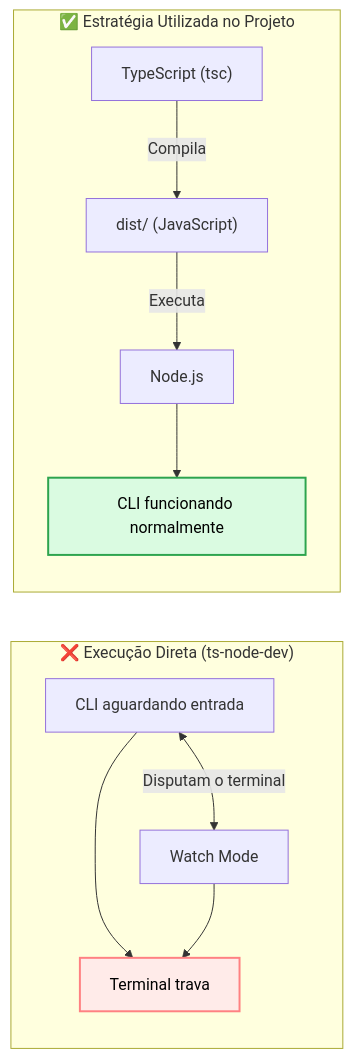
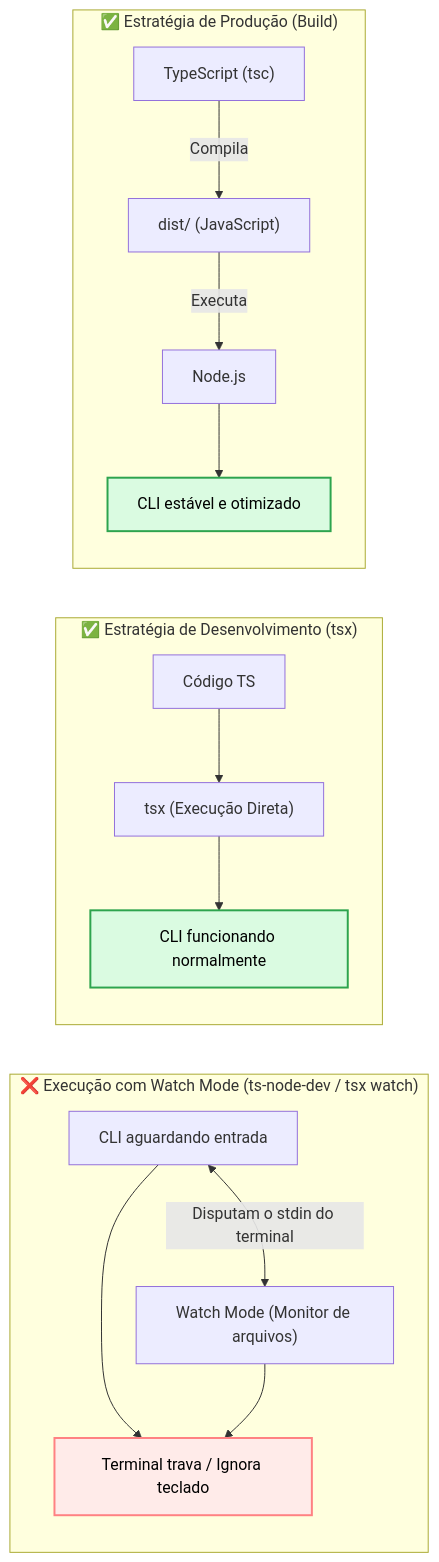
Before and after one commit to fernandopereira-tech/bookstore-manager-cli: the first of 2 diagrams in README.md, drawn with Mermaid. The commit also changed other lines of this file and 2 other files, not shown here.

Commit message:
feat: adiciona página de demo e atualiza readme com instruções e lições aprendidas

````diff
--- a/README.md
+++ b/README.md
@@ -56,27 +73,37 @@
 ```mermaid
 graph LR
 
-subgraph "❌ Execução Direta (ts-node-dev)"
+subgraph "❌ Execução com Watch Mode (ts-node-dev / tsx watch)"
     A["CLI aguardando entrada"]
-    B["Watch Mode"]
-    C["Terminal trava"]
+    B["Watch Mode (Monitor de arquivos)"]
+    C["Terminal trava / Ignora teclado"]
 
-    A <-->|Disputam o terminal| B
+    A <-->|Disputam o stdin do terminal| B
     A --> C
     B --> C
 end
 
-subgraph "✅ Estratégia Utilizada no Projeto"
-    D["TypeScript (tsc)"]
-    E["dist/ (JavaScript)"]
-    F["Node.js"]
-    G["CLI funcionando normalmente"]
+subgraph "✅ Estratégia de Desenvolvimento (tsx)"
+    D["Código TS"]
+    E["tsx (Execução Direta)"]
+    F["CLI funcionando normalmente"]
 
-    D -->|Compila| E
-    E -->|Executa| F
-    F --> G
+    D --> E
+    E --> F
+end
+
+subgraph "✅ Estratégia de Produção (Build)"
+    G["TypeScript (tsc)"]
+    H["dist/ (JavaScript)"]
+    I["Node.js"]
+    J["CLI estável e otimizado"]
+
+    G -->|Compila| H
+    H -->|Executa| I
+    I --> J
 end
 
 style C fill:#ffebe9,stroke:#ff8182,stroke-width:2px,color:#000
-style G fill:#dafbe1,stroke:#2da44e,stroke-width:2px,color:#000
+style F fill:#dafbe1,stroke:#2da44e,stroke-width:2px,color:#000
+style J fill:#dafbe1,stroke:#2da44e,stroke-width:2px,color:#000
 ```
````
